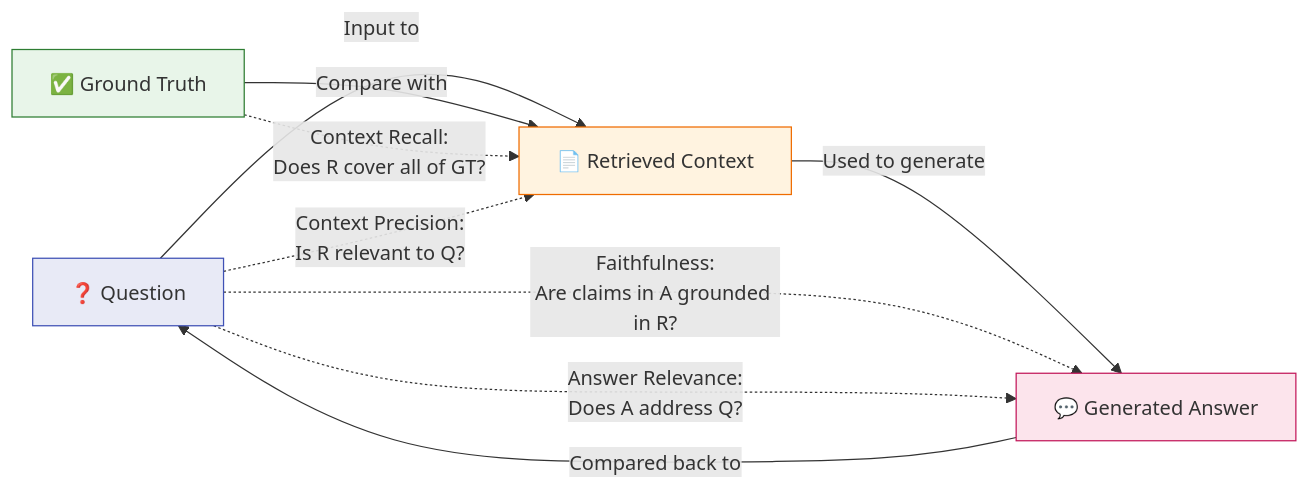
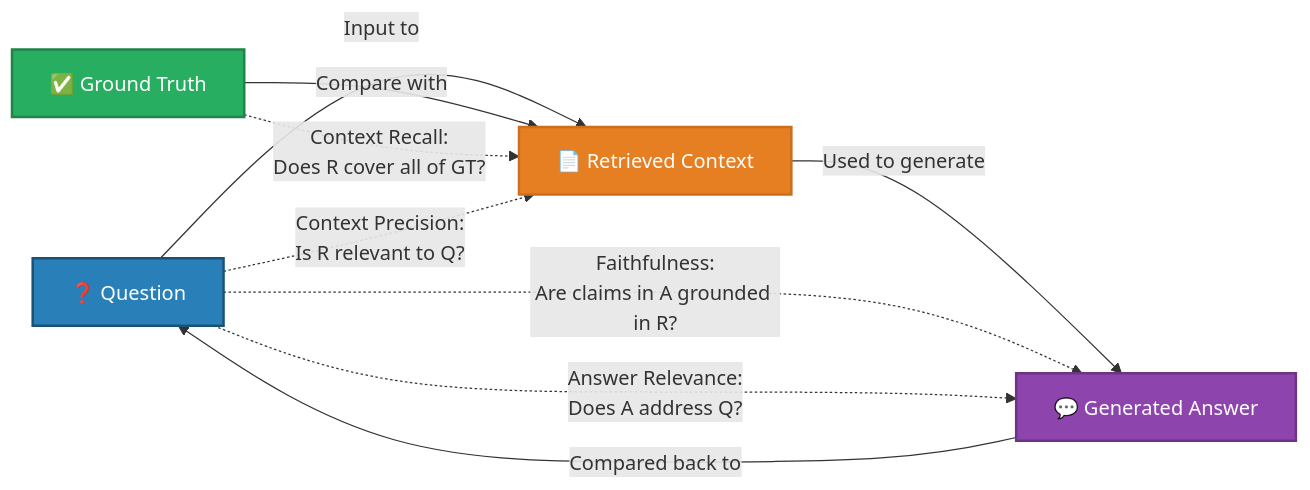
Before and after one commit to GyanendraChaubey/AI-Engineering-Notes: the fourth of 24 diagrams in docs/17-interview-questions/topic_deep_dive_rag.md, drawn with Mermaid. The commit also changed other lines of this file and 74 other files, not shown here.

First line of the commit message:
refactor: split company_wise_interviews.md into 72 individual interview files + fix mermaid colors

````diff
--- a/docs/17-interview-questions/topic_deep_dive_rag.md
+++ b/docs/17-interview-questions/topic_deep_dive_rag.md
@@ -183,17 +208,17 @@
 ```mermaid
 graph LR
     Q["❓ Question"] -->|"Input to"| R["📄 Retrieved Context"]
     GT["✅ Ground Truth"] -->|"Compare with"| R
     R -->|"Used to generate"| A["💬 Generated Answer"]
     A -->|"Compared back to"| Q
 
     Q -.->|"Faithfulness:\nAre claims in A grounded in R?"| A
     Q -.->|"Answer Relevance:\nDoes A address Q?"| A
     GT -.->|"Context Recall:\nDoes R cover all of GT?"| R
     Q -.->|"Context Precision:\nIs R relevant to Q?"| R
 
-    style Q fill:#e8eaf6,stroke:#3f51b5
-    style GT fill:#e8f5e9,stroke:#2e7d32
-    style R fill:#fff3e0,stroke:#ef6c00
-    style A fill:#fce4ec,stroke:#c2185b
+    style Q fill:#2980B9,stroke:#1A5276,stroke-width:2px,color:#FFFFFF
+    style GT fill:#27AE60,stroke:#1E8449,stroke-width:2px,color:#FFFFFF
+    style R fill:#E67E22,stroke:#CA6F1E,stroke-width:2px,color:#FFFFFF
+    style A fill:#8E44AD,stroke:#6C3483,stroke-width:2px,color:#FFFFFF
 ```
````
